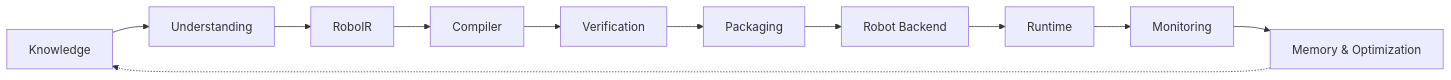
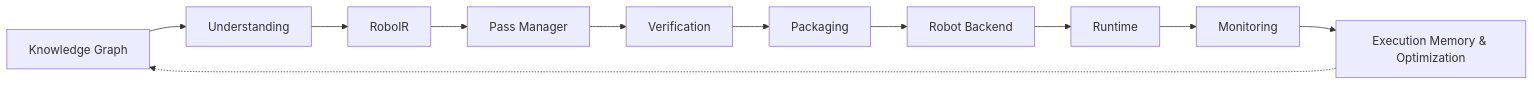
Before and after one commit to Siddharthpatni/Roboweaver: the first of 2 diagrams in README.md, drawn with Mermaid. The commit also changed other lines of this file and 6 other files, not shown here.

````diff
--- a/README.md
+++ b/README.md
@@ -69,7 +79,7 @@
 ```mermaid
 flowchart LR
-    K[Knowledge] --> U[Understanding] --> IR[RoboIR] --> C[Compiler]
-    C --> V[Verification] --> P[Packaging] --> B[Robot Backend]
-    B --> R[Runtime] --> M[Monitoring] --> Mem[Memory & Optimization]
+    K[Knowledge Graph] --> U[Understanding] --> IR[RoboIR] --> PM[Pass Manager]
+    PM --> V[Verification] --> P[Packaging] --> B[Robot Backend]
+    B --> R[Runtime] --> M[Monitoring] --> Mem[Execution Memory & Optimization]
     Mem -.-> K
 ```
````
